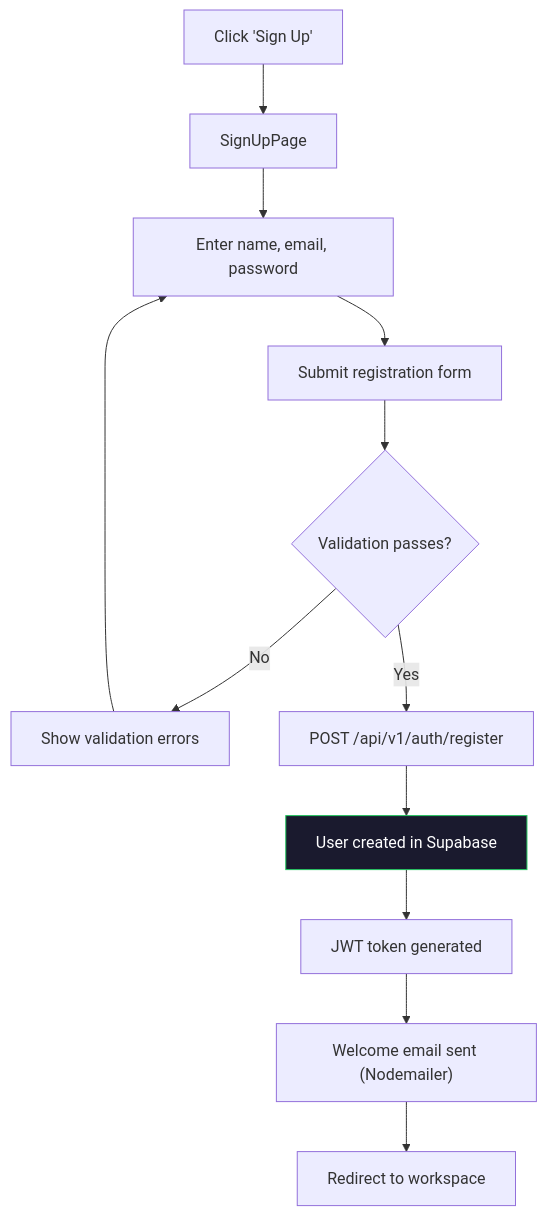
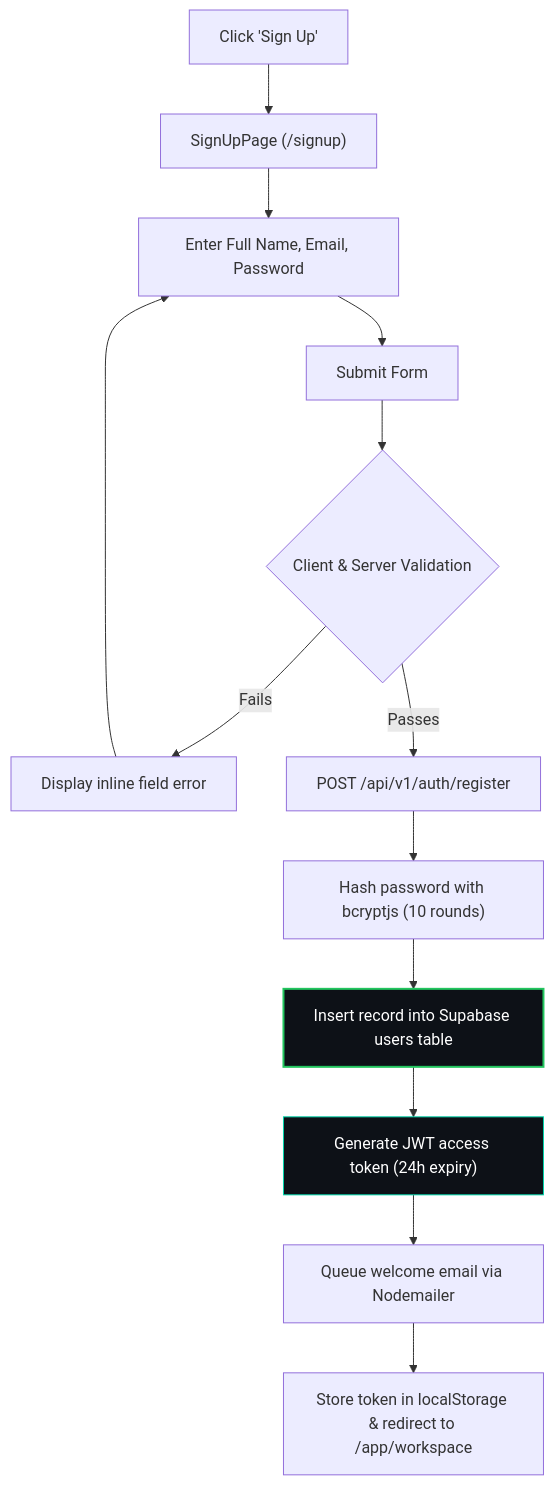
One commit to KISHOR403/Testnexa-Ai changed the second of 11 diagrams in docs/USER_FLOWS.md. Above: the diagram before and after it, drawn with Mermaid. The commit also changed other lines of this file and 2 other files, not shown here.

````diff
--- a/docs/USER_FLOWS.md
+++ b/docs/USER_FLOWS.md
@@ -36,16 +62,18 @@
 ```mermaid
 flowchart TD
-    A["Click 'Sign Up'"] --> B["SignUpPage"]
-    B --> C["Enter name, email, password"]
-    C --> D["Submit registration form"]
-    D --> E{"Validation passes?"}
-    E -->|No| F["Show validation errors"]
+    A["Click 'Sign Up'"] --> B["SignUpPage (/signup)"]
+    B --> C["Enter Full Name, Email, Password"]
+    C --> D["Submit Form"]
+    D --> E{"Client & Server Validation"}
+    E -->|Fails| F["Display inline field error"]
     F --> C
-    E -->|Yes| G["POST /api/v1/auth/register"]
-    G --> H["User created in Supabase"]
-    H --> I["JWT token generated"]
-    I --> J["Welcome email sent (Nodemailer)"]
-    J --> K["Redirect to workspace"]
+    E -->|Passes| G["POST /api/v1/auth/register"]
+    G --> H["Hash password with bcryptjs (10 rounds)"]
+    H --> I["Insert record into Supabase users table"]
+    I --> J["Generate JWT access token (24h expiry)"]
+    J --> K["Queue welcome email via Nodemailer"]
+    K --> L["Store token in localStorage & redirect to /app/workspace"]
     
-    style H fill:#1a1a2e,stroke:#22c55e,color:#fff
+    style I fill:#0d1117,stroke:#22c55e,stroke-width:2px,color:#fff
+    style J fill:#0d1117,stroke:#00d4aa,color:#fff
 ```
````
